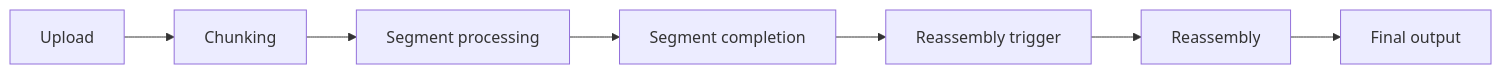
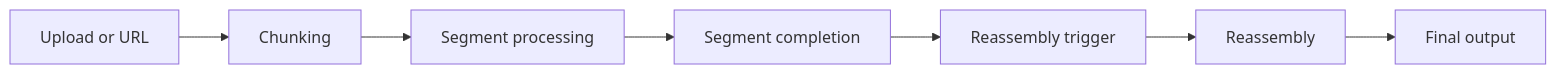
The first of 2 diagrams in packages/stereo-spot-docs/docs/architecture/pipeline.md (alexpialetski/stereo-spot), drawn with Mermaid before and after one commit. The commit also changed other lines of this file and 28 other files, not shown here.

````diff
--- a/packages/stereo-spot-docs/docs/architecture/pipeline.md
+++ b/packages/stereo-spot-docs/docs/architecture/pipeline.md
@@ -11,9 +11,9 @@
 ```mermaid
 flowchart LR
-  A[Upload] --> B[Chunking]
+  A[Upload or URL] --> B[Chunking]
   B --> C[Segment processing]
   C --> D[Segment completion]
   D --> E[Reassembly trigger]
   E --> F[Reassembly]
   F --> G[Final output]
 ```
````
